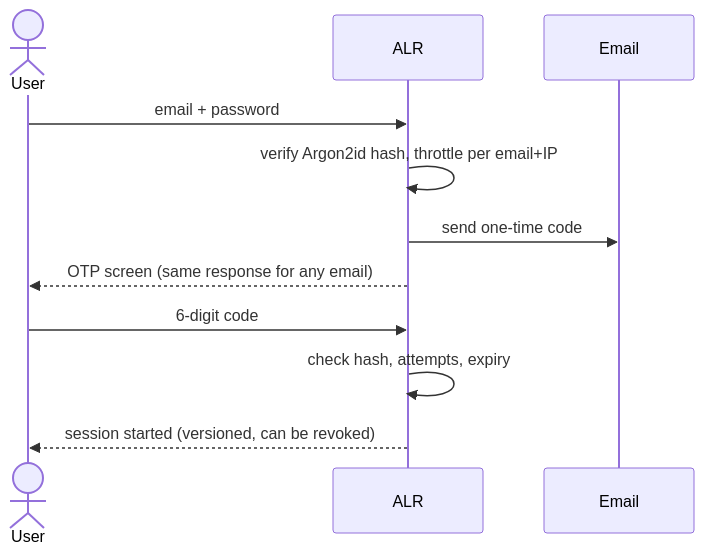
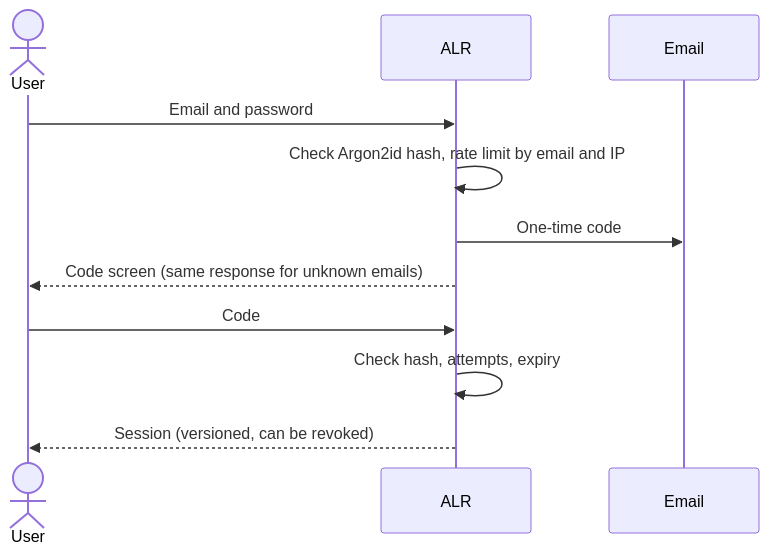
The third of 3 diagrams in .github/README.md (Masbismaa/mtoa_alr), drawn with Mermaid before and after one commit. The commit also changed other lines of this file, not shown here.

````diff
--- a/.github/README.md
+++ b/.github/README.md
@@ -139,13 +119,13 @@
 ```mermaid
 sequenceDiagram
     actor U as User
     participant A as ALR
     participant E as Email
-    U->>A: email + password
-    A->>A: verify Argon2id hash, throttle per email+IP
-    A->>E: send one-time code
-    A-->>U: OTP screen (same response for any email)
-    U->>A: 6-digit code
-    A->>A: check hash, attempts, expiry
-    A-->>U: session started (versioned, can be revoked)
+    U->>A: Email and password
+    A->>A: Check Argon2id hash, rate limit by email and IP
+    A->>E: One-time code
+    A-->>U: Code screen (same response for unknown emails)
+    U->>A: Code
+    A->>A: Check hash, attempts, expiry
+    A-->>U: Session (versioned, can be revoked)
 ```
````
